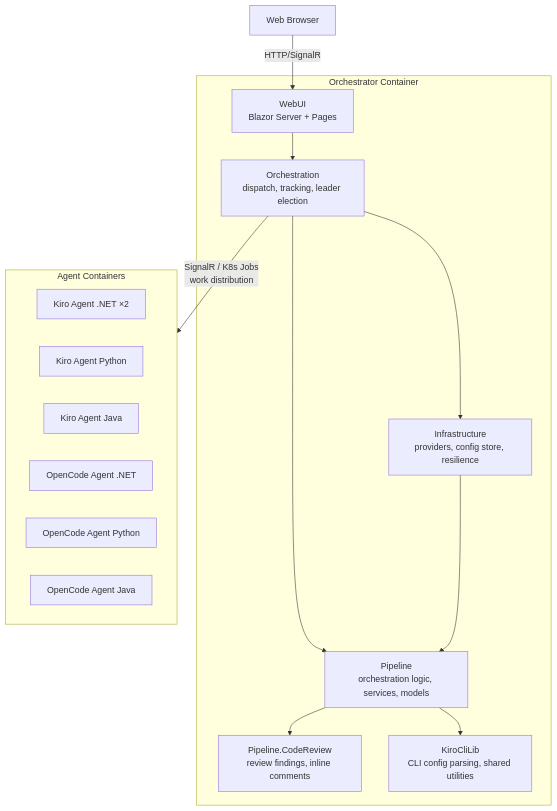
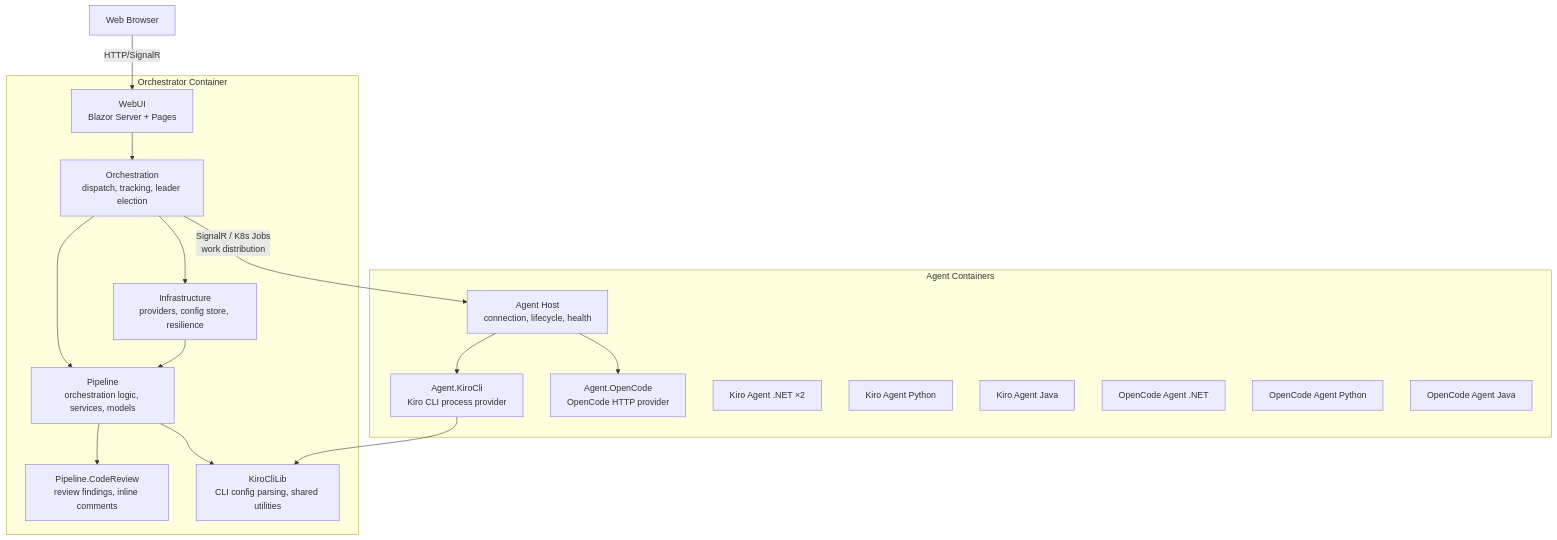
One commit to Chemsorly/coding-agent-automation changed the diagram in docs/deployment.md. Above: the diagram before and after it, drawn with Mermaid. The commit also changed other lines of this file and 20 other files, not shown here.

````diff
--- a/docs/deployment.md
+++ b/docs/deployment.md
@@ -7,31 +7,37 @@
 ```mermaid
 graph TB
     Browser[Web Browser]
     
     subgraph Orchestrator["Orchestrator Container"]
         WebUI[WebUI<br/>Blazor Server + Pages]
         Orch[Orchestration<br/>dispatch, tracking, leader election]
         Infra[Infrastructure<br/>providers, config store, resilience]
         Pipeline[Pipeline<br/>orchestration logic, services, models]
         CodeReview[Pipeline.CodeReview<br/>review findings, inline comments]
         KiroLib[KiroCliLib<br/>CLI config parsing, shared utilities]
     end
     
     subgraph Agents["Agent Containers"]
+        AgentHost[Agent Host<br/>connection, lifecycle, health]
+        AgentKiro[Agent.KiroCli<br/>Kiro CLI process provider]
+        AgentOC[Agent.OpenCode<br/>OpenCode HTTP provider]
         A1[Kiro Agent .NET ×2]
         A2[Kiro Agent Python]
         A3[Kiro Agent Java]
         A4[OpenCode Agent .NET]
         A5[OpenCode Agent Python]
         A6[OpenCode Agent Java]
     end
     
     Browser -->|HTTP/SignalR| WebUI
     WebUI --> Orch
     Orch --> Infra
     Orch --> Pipeline
     Infra --> Pipeline
     Pipeline --> CodeReview
     Pipeline --> KiroLib
-    Orch -->|SignalR / K8s Jobs<br/>work distribution| Agents
+    Orch -->|SignalR / K8s Jobs<br/>work distribution| AgentHost
+    AgentHost --> AgentKiro
+    AgentHost --> AgentOC
+    AgentKiro --> KiroLib
 ```
````
